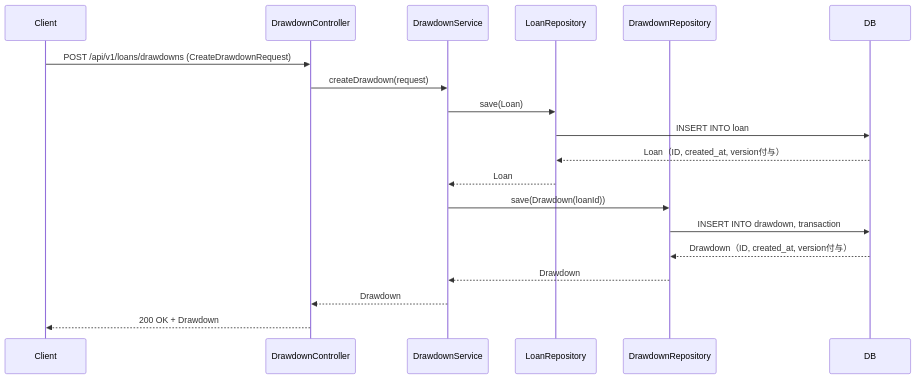
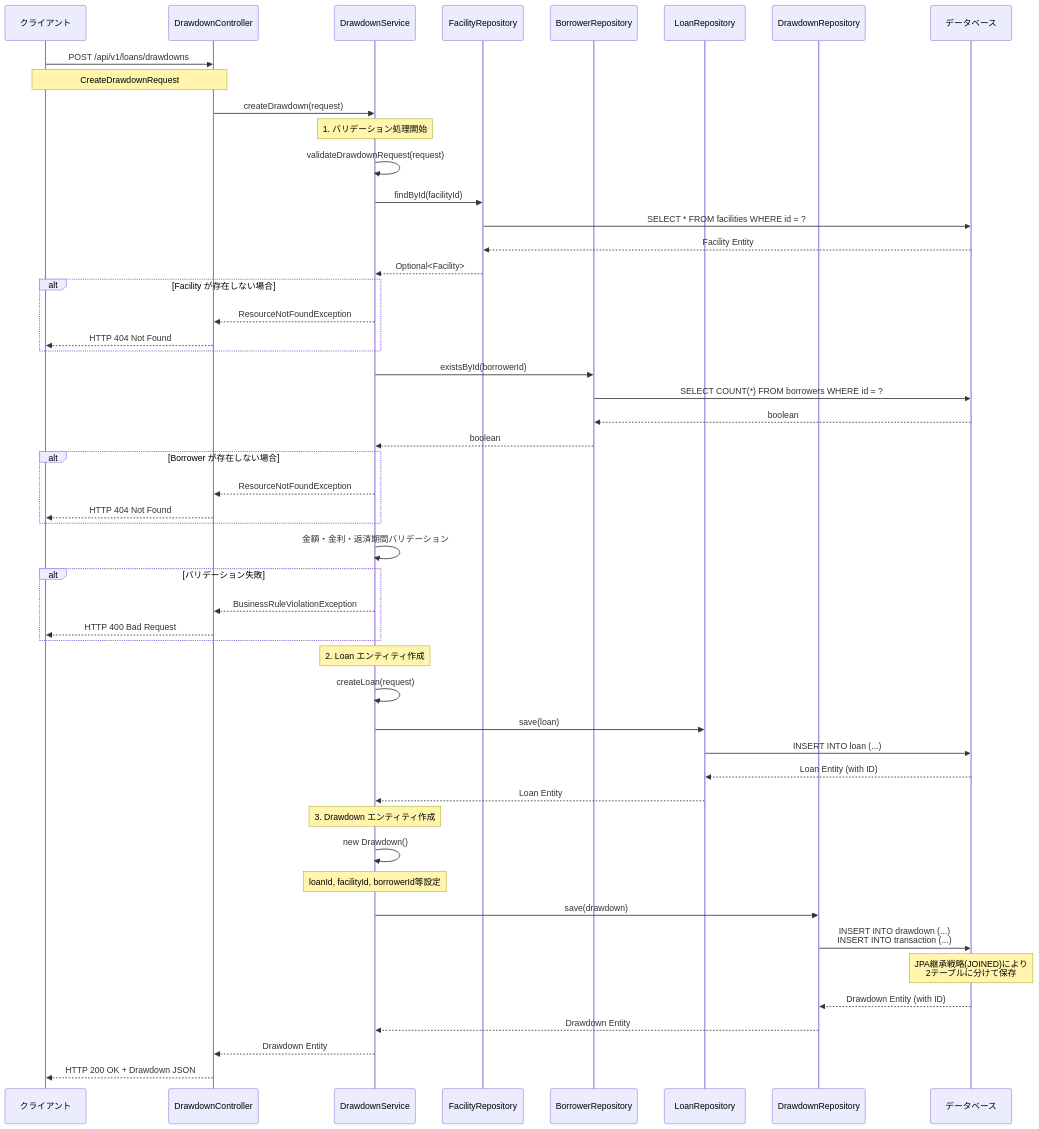
The first of 2 diagrams in docs/create-drawdown.md (tis-abe-akira/ddd-ai), drawn with Mermaid before and after one commit. The commit also changed other lines of this file and 1 other file, not shown here.

Commit message:
feat: Drawdown作成処理フローの詳細な説明とシーケンス図を追加し、古いドキュメントを削除

`````diff
--- a/docs/create-drawdown.md
+++ b/docs/create-drawdown.md
@@ -5,22 +9,66 @@
-````mermaid
+```mermaid
 sequenceDiagram
-    participant Client
-    participant DrawdownController
-    participant DrawdownService
-    participant LoanRepository
-    participant DrawdownRepository
-    participant DB
+    participant Client as クライアント
+    participant Controller as DrawdownController
+    participant Service as DrawdownService
+    participant FacilityRepo as FacilityRepository
+    participant BorrowerRepo as BorrowerRepository
+    participant LoanRepo as LoanRepository
+    participant DrawdownRepo as DrawdownRepository
+    participant DB as データベース
 
-    Client->>DrawdownController: POST /api/v1/loans/drawdowns (CreateDrawdownRequest)
-    DrawdownController->>DrawdownService: createDrawdown(request)
-    DrawdownService->>LoanRepository: save(Loan)
-    LoanRepository->>DB: INSERT INTO loan
-    DB-->>LoanRepository: Loan（ID, created_at, version付与）
-    LoanRepository-->>DrawdownService: Loan
-    DrawdownService->>DrawdownRepository: save(Drawdown(loanId))
-    DrawdownRepository->>DB: INSERT INTO drawdown, transaction
-    DB-->>DrawdownRepository: Drawdown（ID, created_at, version付与）
-    DrawdownRepository-->>DrawdownService: Drawdown
-    DrawdownService-->>DrawdownController: Drawdown
-    DrawdownController-->>Client: 200 OK + Drawdown
-````
+    Client->>Controller: POST /api/v1/loans/drawdowns
+    Note over Client,Controller: CreateDrawdownRequest
+    
+    Controller->>Service: createDrawdown(request)
+    
+    Note over Service: 1. バリデーション処理開始
+    Service->>Service: validateDrawdownRequest(request)
+    
+    Service->>FacilityRepo: findById(facilityId)
+    FacilityRepo->>DB: SELECT * FROM facilities WHERE id = ?
+    DB-->>FacilityRepo: Facility Entity
+    FacilityRepo-->>Service: Optional<Facility>
+    
+    alt Facility が存在しない場合
+        Service-->>Controller: ResourceNotFoundException
+        Controller-->>Client: HTTP 404 Not Found
+    end
+    
+    Service->>BorrowerRepo: existsById(borrowerId)
+    BorrowerRepo->>DB: SELECT COUNT(*) FROM borrowers WHERE id = ?
+    DB-->>BorrowerRepo: boolean
+    BorrowerRepo-->>Service: boolean
+    
+    alt Borrower が存在しない場合
+        Service-->>Controller: ResourceNotFoundException
+        Controller-->>Client: HTTP 404 Not Found
+    end
+    
+    Service->>Service: 金額・金利・返済期間バリデーション
+    
+    alt バリデーション失敗
+        Service-->>Controller: BusinessRuleViolationException
+        Controller-->>Client: HTTP 400 Bad Request
+    end
+    
+    Note over Service: 2. Loan エンティティ作成
+    Service->>Service: createLoan(request)
+    Service->>LoanRepo: save(loan)
+    LoanRepo->>DB: INSERT INTO loan (...)
+    DB-->>LoanRepo: Loan Entity (with ID)
+    LoanRepo-->>Service: Loan Entity
+    
+    Note over Service: 3. Drawdown エンティティ作成
+    Service->>Service: new Drawdown()
+    Note over Service: loanId, facilityId, borrowerId等設定
+    
+    Service->>DrawdownRepo: save(drawdown)
+    DrawdownRepo->>DB: INSERT INTO drawdown (...)<br/>INSERT INTO transaction (...)
+    Note over DB: JPA継承戦略(JOINED)により<br/>2テーブルに分けて保存
+    DB-->>DrawdownRepo: Drawdown Entity (with ID)
+    DrawdownRepo-->>Service: Drawdown Entity
+    
+    Service-->>Controller: Drawdown Entity
+    Controller-->>Client: HTTP 200 OK + Drawdown JSON
+```
`````
